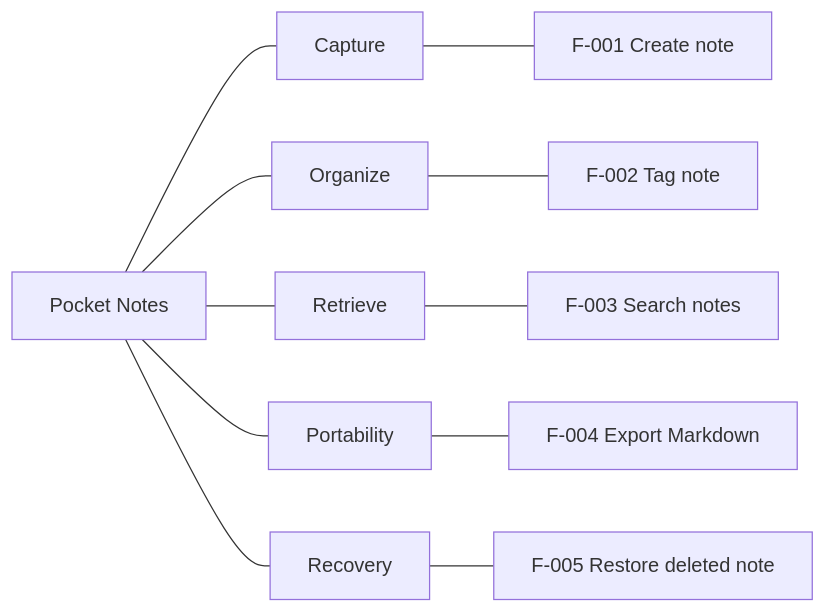
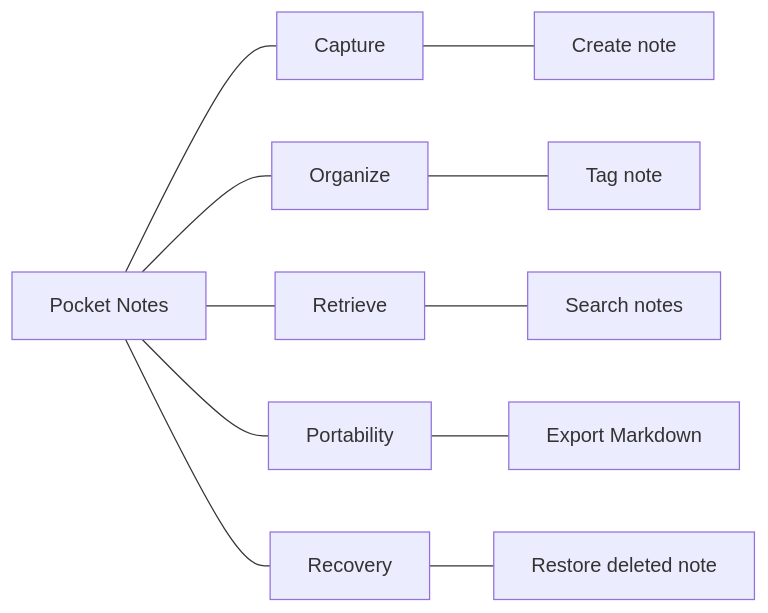
One commit to sliekens/agentic changed the diagram in plugins/engineering-workflow/skills/product-map/references/visual-chart.md. Above: the diagram before and after it, drawn with Mermaid. The commit also changed other lines of this file and 8 other files, not shown here.

````diff
--- a/plugins/engineering-workflow/skills/product-map/references/visual-chart.md
+++ b/plugins/engineering-workflow/skills/product-map/references/visual-chart.md
@@ -9,14 +11,14 @@
 ```mermaid
 flowchart LR
   product["Pocket Notes"]
   product --- capture["Capture"]
-  capture --- f001["F-001 Create note"]
+  capture --- create_note["Create note"]
   product --- organize["Organize"]
-  organize --- f002["F-002 Tag note"]
+  organize --- tag_note["Tag note"]
   product --- retrieve["Retrieve"]
-  retrieve --- f003["F-003 Search notes"]
+  retrieve --- search_notes["Search notes"]
   product --- portability["Portability"]
-  portability --- f004["F-004 Export Markdown"]
+  portability --- export_markdown["Export Markdown"]
   product --- recovery["Recovery"]
-  recovery --- f005["F-005 Restore deleted note"]
+  recovery --- restore_deleted_note["Restore deleted note"]
 ```
````
